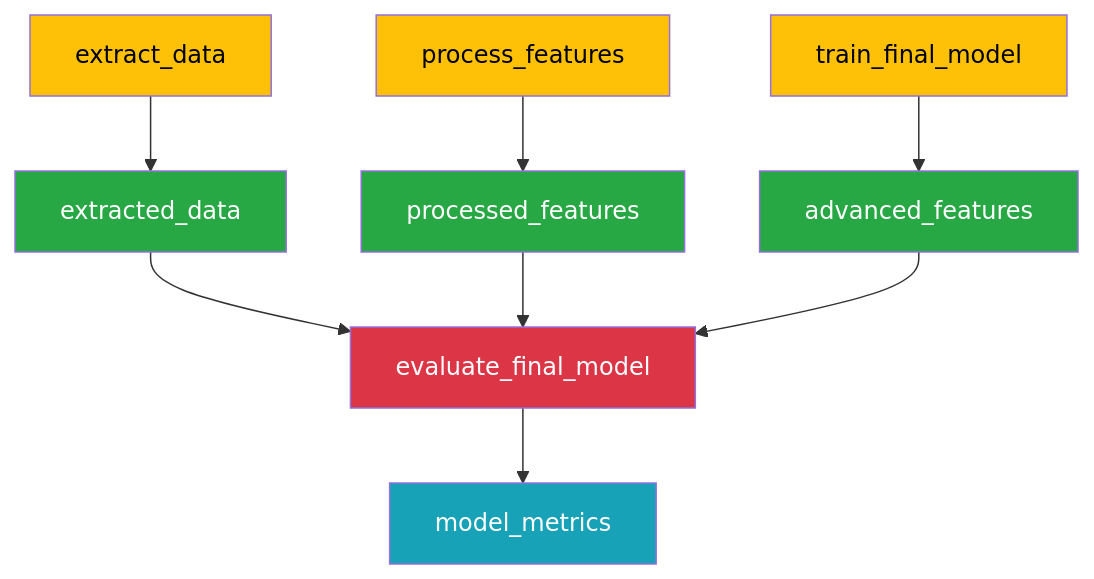
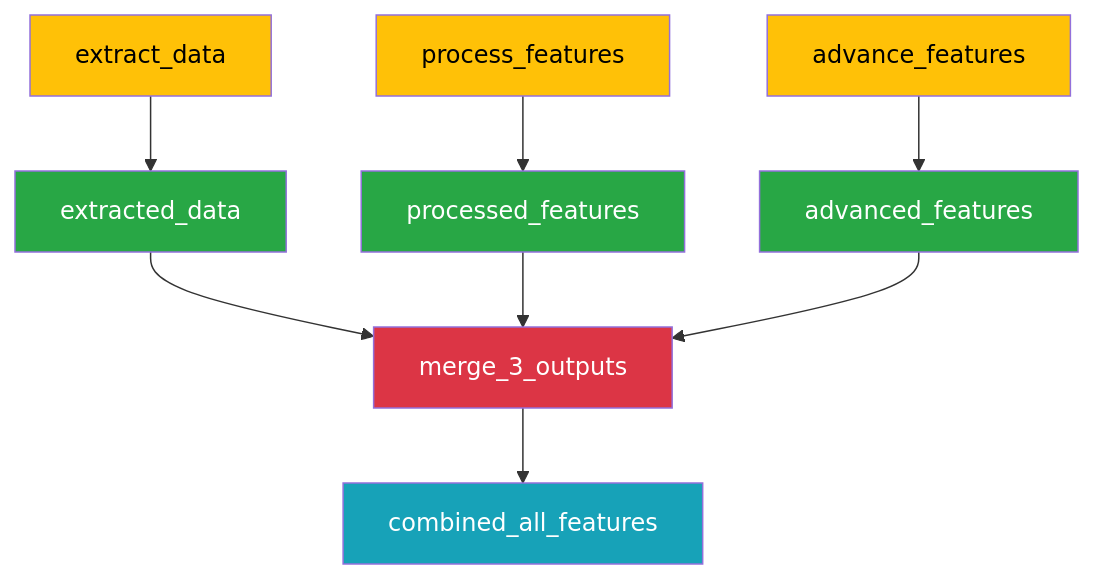
One commit to noklam/kedro-compose changed the second of 3 diagrams in README.md. Above: the diagram before and after it, drawn with Mermaid. The commit also changed other lines of this file and 1 other file, not shown here.

````diff
--- a/README.md
+++ b/README.md
@@ -57,21 +26,21 @@
 ```mermaid
 graph TD
     A[extract_data] --> D[extracted_data]
     B[process_features] --> E[processed_features]
-    C[train_final_model] --> F[advanced_features]
+    C[advance_features] --> F[advanced_features]
 
-    D --> G[evaluate_final_model]
+    D --> G[merge_3_outputs]
     E --> G
     F --> G
 
-    G --> H[model_metrics]
+    G --> H[combined_all_features]
 
     style A fill:#ffc107,color:#000000
     style B fill:#ffc107,color:#000000
     style C fill:#ffc107,color:#000000
     style D fill:#28a745,color:#ffffff
     style E fill:#28a745,color:#ffffff
     style F fill:#28a745,color:#ffffff
     style G fill:#dc3545,color:#ffffff
     style H fill:#17a2b8,color:#ffffff
 ```
````
